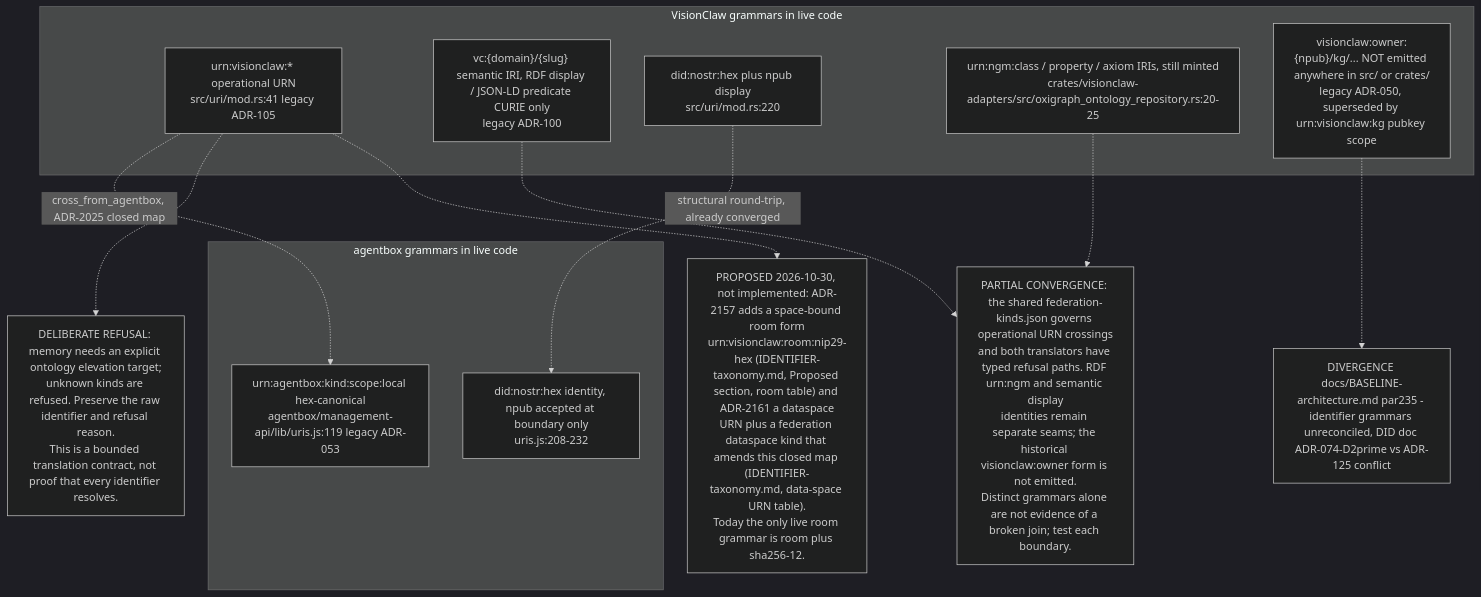
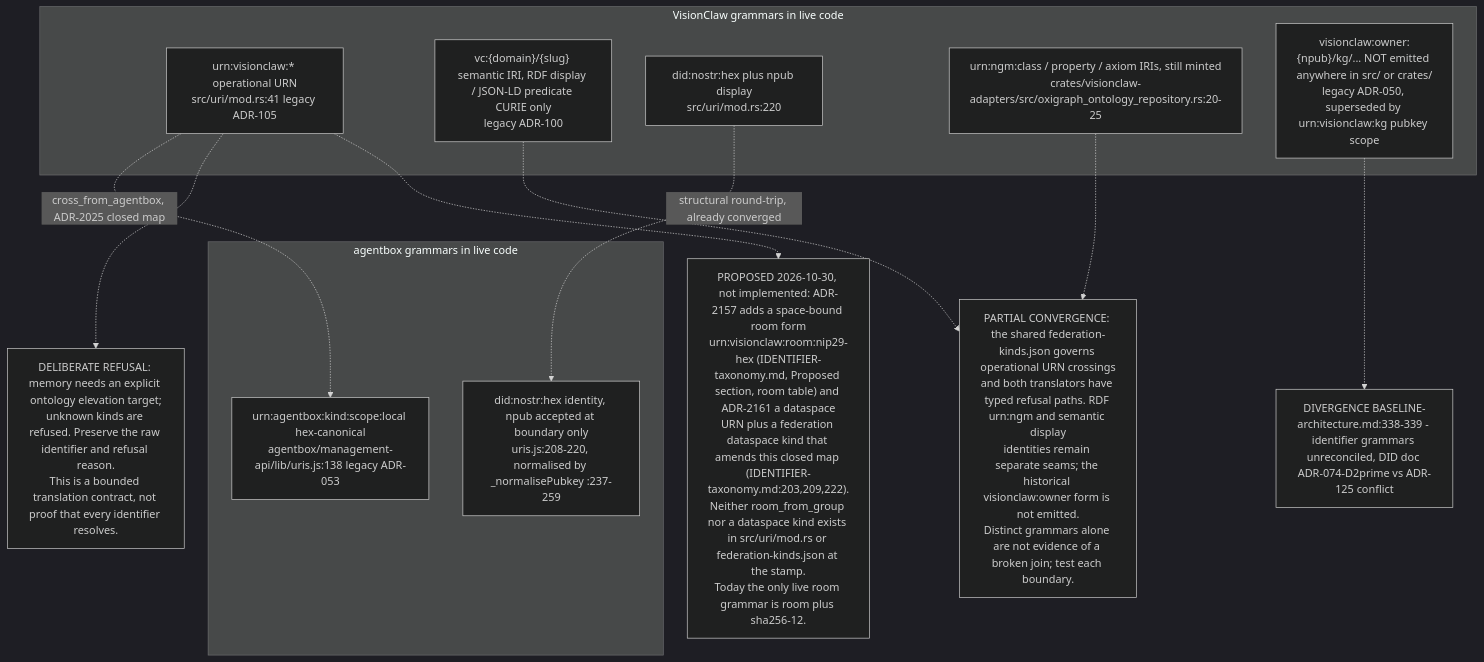
The tenth of 12 diagrams in docs/diagrams/estate/03-cross-repo-federation-contract.md (DreamLab-AI/VisionFlow), drawn with Mermaid (dark theme) before and after one commit. The commit also changed other lines of this file and 91 other files, not shown here.

````diff
--- a/docs/diagrams/estate/03-cross-repo-federation-contract.md
+++ b/docs/diagrams/estate/03-cross-repo-federation-contract.md
@@ -422,25 +449,25 @@
 ```mermaid
 flowchart TD
     subgraph VC["VisionClaw grammars in live code"]
         G1["urn:visionclaw:* operational URN<br/>src/uri/mod.rs:41 legacy ADR-105"]
         G2["vc:{domain}/{slug} semantic IRI, RDF display / JSON-LD predicate CURIE only<br/>legacy ADR-100"]
         G3["did:nostr:hex plus npub display<br/>src/uri/mod.rs:220"]
         G4["urn:ngm:class / property / axiom IRIs, still minted<br/>crates/visionclaw-adapters/src/oxigraph_ontology_repository.rs:20-25"]
         G5["visionclaw:owner:{npub}/kg/... NOT emitted anywhere in src/ or crates/<br/>legacy ADR-050, superseded by urn:visionclaw:kg pubkey scope"]
     end
     subgraph AB["agentbox grammars in live code"]
-        G6["urn:agentbox:kind:scope:local hex-canonical<br/>agentbox/management-api/lib/uris.js:119 legacy ADR-053"]
-        G7["did:nostr:hex identity, npub accepted at boundary only<br/>uris.js:208-232"]
+        G6["urn:agentbox:kind:scope:local hex-canonical<br/>agentbox/management-api/lib/uris.js:138 legacy ADR-053"]
+        G7["did:nostr:hex identity, npub accepted at boundary only<br/>uris.js:208-220, normalised by _normalisePubkey :237-259"]
     end
     G1 -. "cross_from_agentbox, ADR-2025 closed map" .-> G6
     G3 -. "structural round-trip, already converged" .-> G7
     NOTE1["PARTIAL CONVERGENCE: the shared federation-kinds.json governs operational URN crossings<br/>and both translators have typed refusal paths. RDF urn:ngm and semantic display<br/>identities remain separate seams; the historical visionclaw:owner form is not emitted.<br/>Distinct grammars alone are not evidence of a broken join; test each boundary."]
-    NOTE2["DIVERGENCE docs/BASELINE-architecture.md par235 - identifier grammars unreconciled, DID doc ADR-074-D2prime vs ADR-125 conflict"]
+    NOTE2["DIVERGENCE BASELINE-architecture.md:338-339 - identifier grammars unreconciled, DID doc ADR-074-D2prime vs ADR-125 conflict"]
     NOTE3["DELIBERATE REFUSAL: memory needs an explicit ontology elevation target;<br/>unknown kinds are refused. Preserve the raw identifier and refusal reason.<br/>This is a bounded translation contract, not proof that every identifier resolves."]
-    NOTE4["PROPOSED 2026-10-30, not implemented: ADR-2157 adds a space-bound room form<br/>urn:visionclaw:room:nip29-hex (IDENTIFIER-taxonomy.md, Proposed section, room table) and ADR-2161 a dataspace<br/>URN plus a federation dataspace kind that amends this closed map (IDENTIFIER-taxonomy.md, data-space URN table).<br/>Today the only live room grammar is room plus sha256-12."]
+    NOTE4["PROPOSED 2026-10-30, not implemented: ADR-2157 adds a space-bound room form<br/>urn:visionclaw:room:nip29-hex (IDENTIFIER-taxonomy.md, Proposed section, room table) and ADR-2161 a dataspace<br/>URN plus a federation dataspace kind that amends this closed map (IDENTIFIER-taxonomy.md:203,209,222).<br/>Neither room_from_group nor a dataspace kind exists in src/uri/mod.rs or federation-kinds.json at the stamp.<br/>Today the only live room grammar is room plus sha256-12."]
     G4 -.-> NOTE1
     G2 -.-> NOTE1
     G5 -.-> NOTE2
     G1 -.-> NOTE3
     G1 -.-> NOTE4
 ```
````
